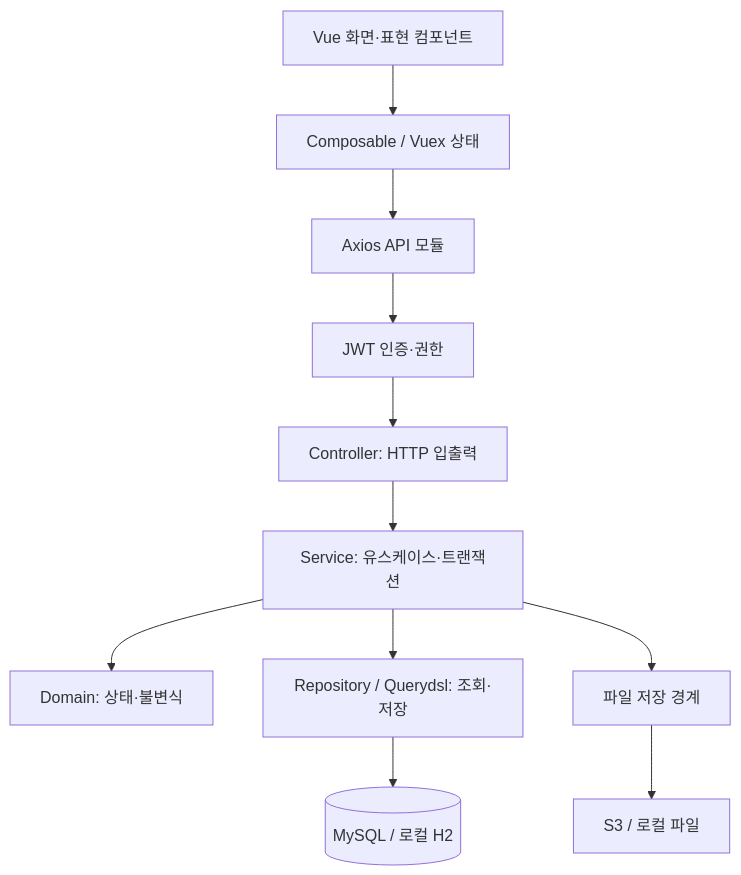
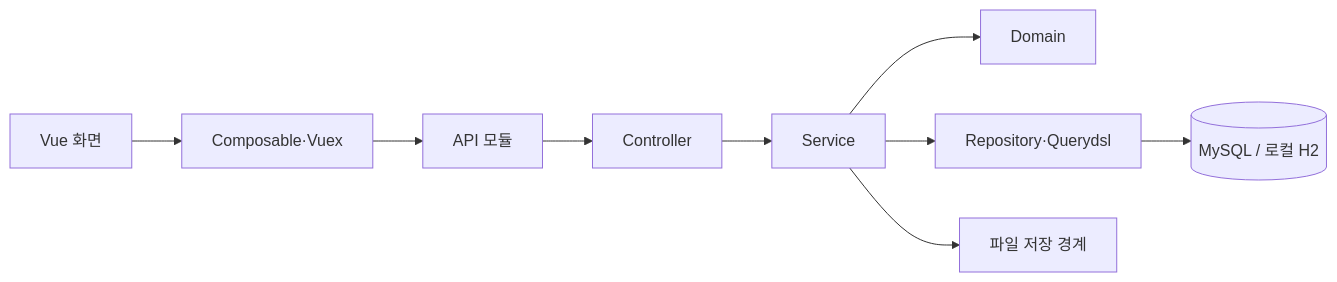
The second of 2 diagrams in README.md (seungmin-park/demp), drawn with Mermaid before and after one commit. The commit also changed other lines of this file, not shown here.

````diff
--- a/README.md
+++ b/README.md
@@ -85,13 +75,11 @@
 ```mermaid
-flowchart TD
-  V[Vue 화면·표현 컴포넌트] --> S[Composable / Vuex 상태]
-  S --> API[Axios API 모듈]
-  API --> SEC[JWT 인증·권한]
-  SEC --> C[Controller: HTTP 입출력]
-  C --> APP[Service: 유스케이스·트랜잭션]
-  APP --> D[Domain: 상태·불변식]
-  APP --> R[Repository / Querydsl: 조회·저장]
+flowchart LR
+  U[Vue 화면] --> F[Composable·Vuex]
+  F --> A[API 모듈]
+  A --> C[Controller]
+  C --> S[Service]
+  S --> D[Domain]
+  S --> R[Repository·Querydsl]
   R --> DB[(MySQL / 로컬 H2)]
-  APP --> FS[파일 저장 경계]
-  FS --> STORAGE[S3 / 로컬 파일]
+  S --> FS[파일 저장 경계]
 ```
````
